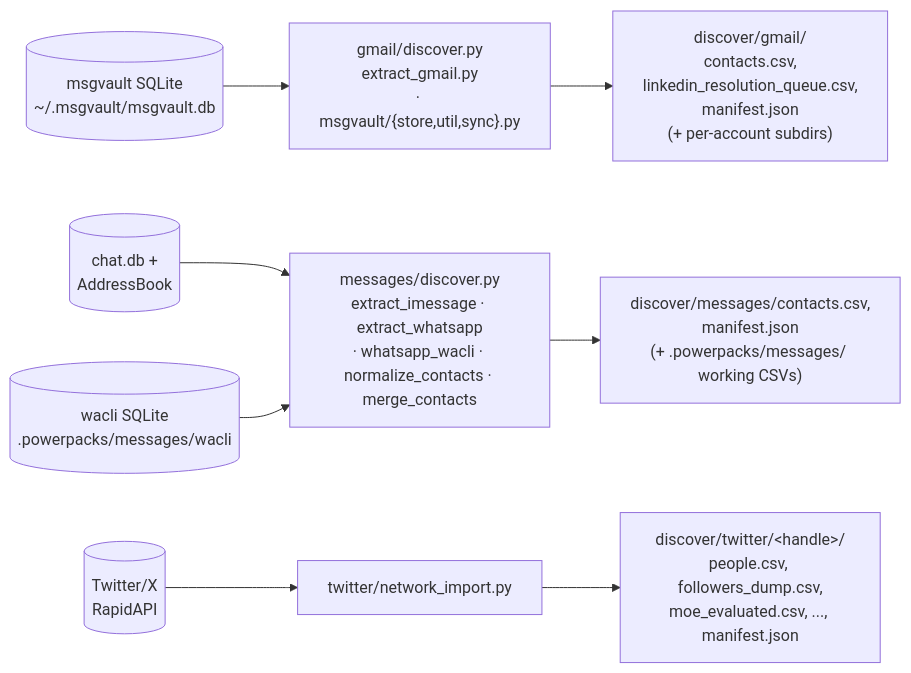
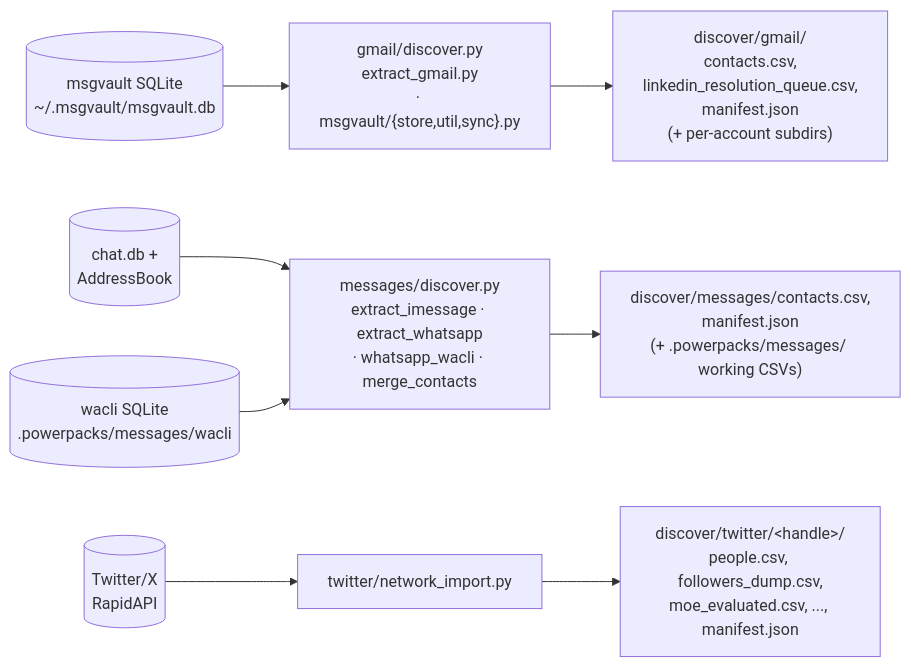
Before and after one commit to powerset-co/powerpacks: the diagram in packs/ingestion/primitives/discover/README.md, drawn with Mermaid. The commit also changed other lines of this file and 17 other files, not shown here.

````diff
--- a/packs/ingestion/primitives/discover/README.md
+++ b/packs/ingestion/primitives/discover/README.md
@@ -60,16 +60,16 @@
 ```mermaid
 flowchart LR
   MV[("msgvault SQLite<br/>~/.msgvault/msgvault.db")]
   CDB[("chat.db +<br/>AddressBook")]
   WA[("wacli SQLite<br/>.powerpacks/messages/wacli")]
   TW[("Twitter/X<br/>RapidAPI")]
 
   MV --> GDISC["gmail/discover.py<br/>extract_gmail.py<br/>· msgvault/{store,util,sync}.py"]
-  CDB --> MDISC["messages/discover.py<br/>extract_imessage · extract_whatsapp<br/>· whatsapp_wacli · normalize_contacts · merge_contacts"]
+  CDB --> MDISC["messages/discover.py<br/>extract_imessage · extract_whatsapp<br/>· whatsapp_wacli · merge_contacts"]
   WA --> MDISC
   TW --> TDISC["twitter/network_import.py"]
 
   GDISC --> GOUT["discover/gmail/<br/>contacts.csv,<br/>linkedin_resolution_queue.csv,<br/>manifest.json<br/>(+ per-account subdirs)"]
   MDISC --> MOUT["discover/messages/contacts.csv,<br/>manifest.json<br/>(+ .powerpacks/messages/ working CSVs)"]
   TDISC --> TOUT["discover/twitter/&lt;handle&gt;/<br/>people.csv, followers_dump.csv,<br/>moe_evaluated.csv, ..., manifest.json"]
 ```
````
